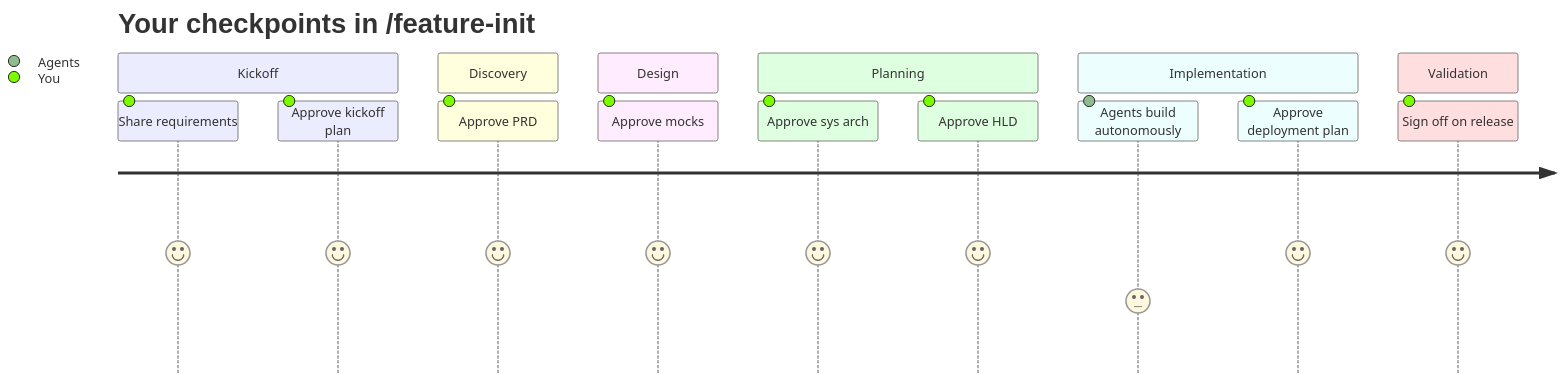
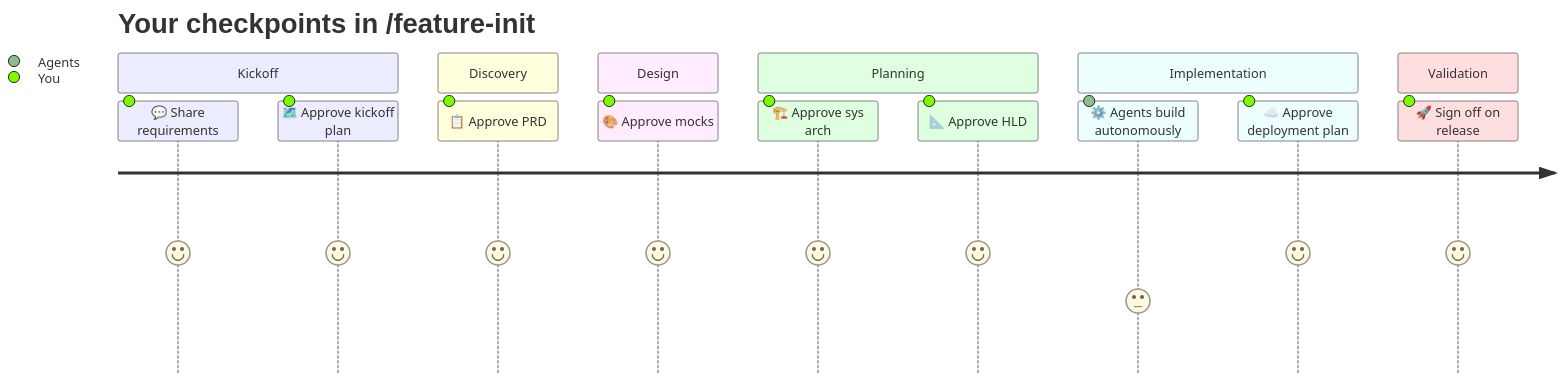
One commit to sans-github/claude-delivery-team changed the diagram in README.md. Above: the diagram before and after it, drawn with Mermaid. The commit also changed other lines of this file, not shown here.

Commit message:
use journey diagram for feature-init checkpoints with contextual icons

````diff
--- a/README.md
+++ b/README.md
@@ -91,19 +58,19 @@
 ```mermaid
 journey
     title Your checkpoints in /feature-init
     section Kickoff
-      Share requirements: 5: You
-      Approve kickoff plan: 5: You
+      💬 Share requirements: 5: You
+      🗺️ Approve kickoff plan: 5: You
     section Discovery
-      Approve PRD: 5: You
+      📋 Approve PRD: 5: You
     section Design
-      Approve mocks: 5: You
+      🎨 Approve mocks: 5: You
     section Planning
-      Approve sys arch: 5: You
-      Approve HLD: 5: You
+      🏗️ Approve sys arch: 5: You
+      📐 Approve HLD: 5: You
     section Implementation
-      Agents build autonomously: 3: Agents
-      Approve deployment plan: 5: You
+      ⚙️ Agents build autonomously: 3: Agents
+      ☁️ Approve deployment plan: 5: You
     section Validation
-      Sign off on release: 5: You
+      🚀 Sign off on release: 5: You
 ```
````
